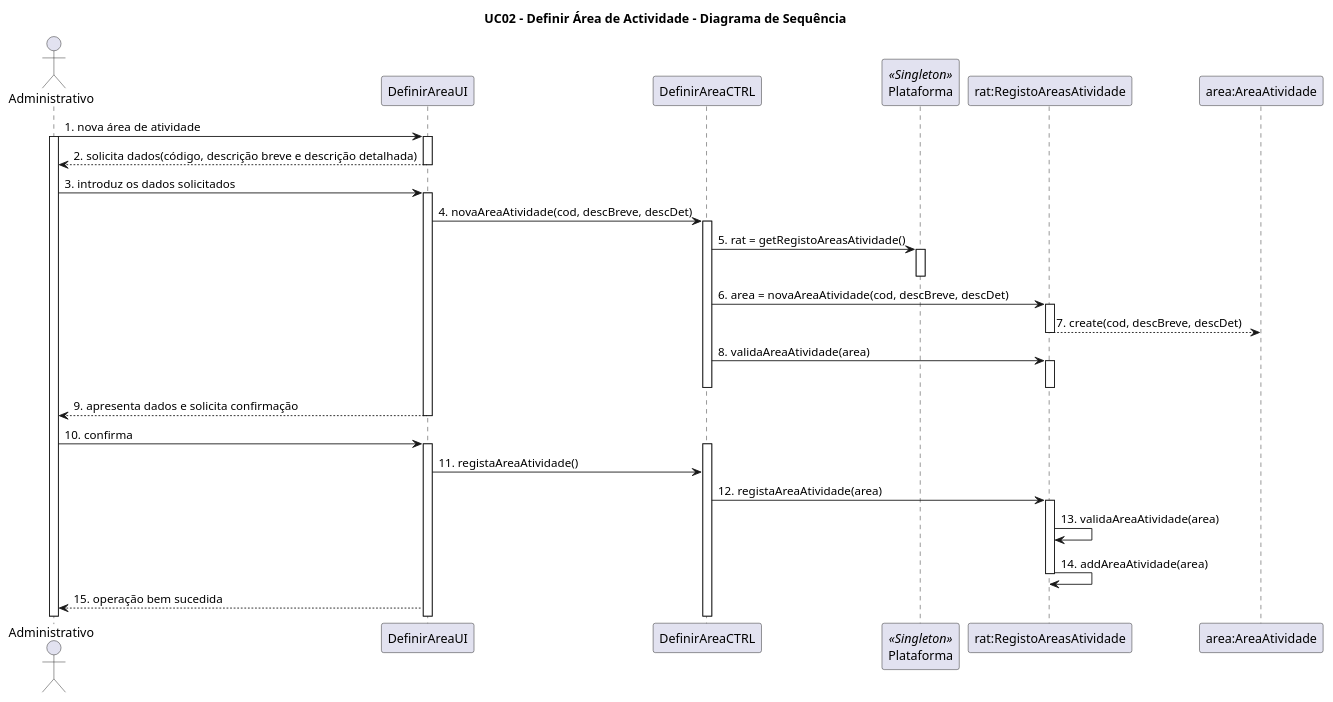
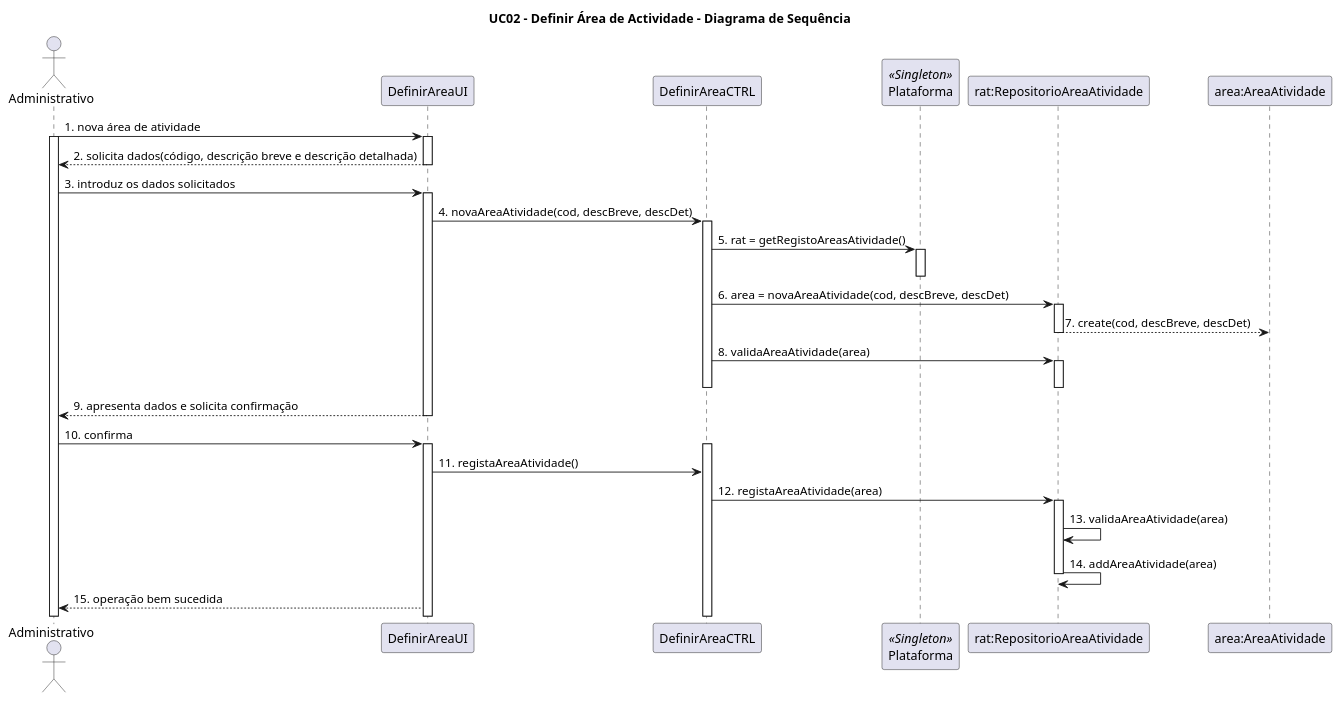
Before and after one commit to blestonbandeiraUPSKILL/upskill_java1_labprg_grupo2: the diagram in Sprint 2/UC02_Definir_Area_Atividade/UC02_Definir_Area_Atividade_SD.puml, drawn with PlantUML. The commit also changed 2 other files, not shown here.

```diff
--- a/Sprint 2/UC02_Definir_Area_Atividade/UC02_Definir_Area_Atividade_SD.puml
+++ b/Sprint 2/UC02_Definir_Area_Atividade/UC02_Definir_Area_Atividade_SD.puml
@@ -1,48 +1,48 @@
 @startuml
 title UC02 - Definir Área de Actividade - Diagrama de Sequência
 
 actor Administrativo
 participant Administrativo
 participant DefinirAreaUI
 participant DefinirAreaCTRL
 participant Plataforma <<Singleton>>
-participant "rat:RegistoAreasAtividade" as RepositorioAreaAtividade
+participant "rat:RepositorioAreaAtividade" as RepositorioAreaAtividade
 participant "area:AreaAtividade" as AreaAtividade
 
 Administrativo -> DefinirAreaUI: 1. nova área de atividade
 activate Administrativo
 activate DefinirAreaUI
 DefinirAreaUI --> Administrativo: 2. solicita dados(código, descrição breve e descrição detalhada)
 deactivate DefinirAreaUI
 
 Administrativo -> DefinirAreaUI: 3. introduz os dados solicitados
 activate DefinirAreaUI
 DefinirAreaUI -> DefinirAreaCTRL: 4. novaAreaAtividade(cod, descBreve, descDet)
 activate DefinirAreaCTRL
 DefinirAreaCTRL -> Plataforma: 5. rat = getRegistoAreasAtividade()
 activate Plataforma
 deactivate Plataforma
 DefinirAreaCTRL -> RepositorioAreaAtividade: 6. area = novaAreaAtividade(cod, descBreve, descDet)
 activate RepositorioAreaAtividade
 RepositorioAreaAtividade --> AreaAtividade: 7. create(cod, descBreve, descDet)
 
 deactivate RepositorioAreaAtividade
 DefinirAreaCTRL -> RepositorioAreaAtividade: 8. validaAreaAtividade(area)
 
 activate RepositorioAreaAtividade
 deactivate RepositorioAreaAtividade
 deactivate DefinirAreaCTRL
 DefinirAreaUI --> Administrativo: 9. apresenta dados e solicita confirmação
 deactivate DefinirAreaUI
 Administrativo -> DefinirAreaUI: 10. confirma
 activate DefinirAreaUI
 activate DefinirAreaCTRL
 DefinirAreaUI -> DefinirAreaCTRL: 11. registaAreaAtividade()
 DefinirAreaCTRL -> RepositorioAreaAtividade: 12. registaAreaAtividade(area)
 activate RepositorioAreaAtividade
 RepositorioAreaAtividade -> RepositorioAreaAtividade: 13. validaAreaAtividade(area)
 RepositorioAreaAtividade -> RepositorioAreaAtividade: 14. addAreaAtividade(area)
 deactivate RepositorioAreaAtividade
 DefinirAreaUI --> Administrativo: 15. operação bem sucedida
 
 @enduml
```
